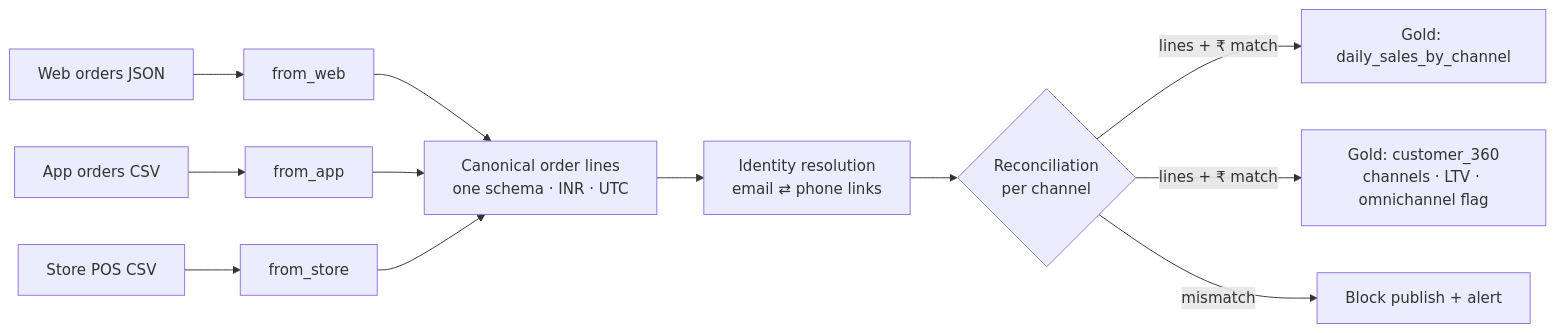
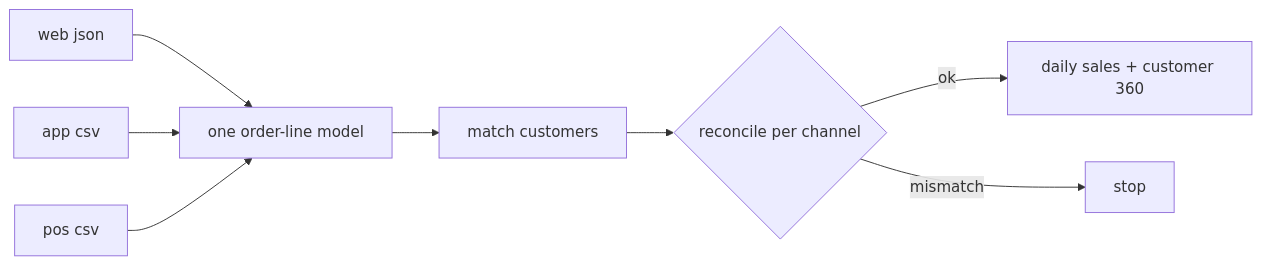
The diagram in README.md (amitd307/omnichannel-retail-platform), drawn with Mermaid before and after one commit. The commit also changed other lines of this file, not shown here.

````diff
--- a/README.md
+++ b/README.md
@@ -21,12 +19,10 @@
 ```mermaid
 flowchart LR
-    W[Web orders JSON] --> AW[from_web]
-    A[App orders CSV] --> AA[from_app]
-    P[Store POS CSV] --> AP[from_store]
-    AW & AA & AP --> U[Canonical order lines<br/>one schema · INR · UTC]
-    U --> I[Identity resolution<br/>email ⇄ phone links]
-    I --> R{Reconciliation<br/>per channel}
-    R -->|lines + ₹ match| G1[Gold: daily_sales_by_channel]
-    R -->|lines + ₹ match| G2[Gold: customer_360<br/>channels · LTV · omnichannel flag]
-    R -->|mismatch| X[Block publish + alert]
+    W[web json] --> U[one order-line model]
+    A[app csv] --> U
+    P[pos csv] --> U
+    U --> I[match customers]
+    I --> R{reconcile per channel}
+    R -->|ok| G[daily sales + customer 360]
+    R -->|mismatch| X[stop]
 ```
````
